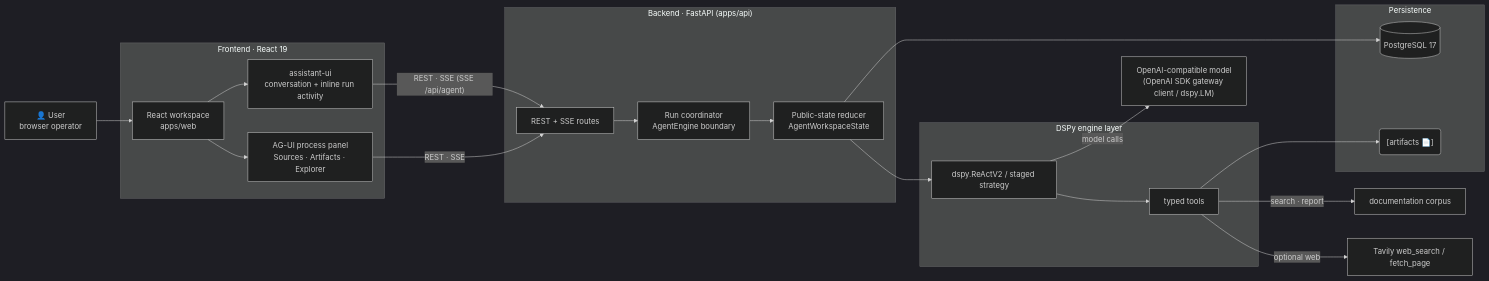
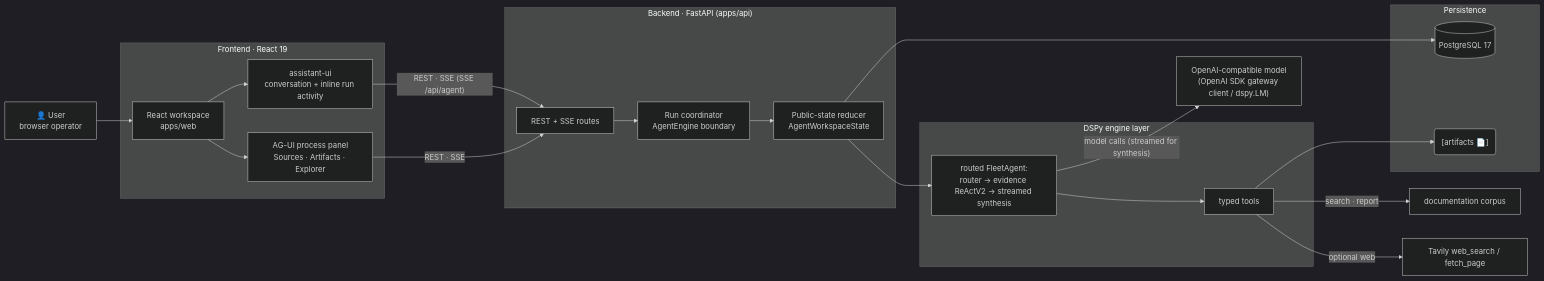
One commit to Qredence/fleet-agent changed the first of 5 diagrams in docs/architecture.md. Above: the diagram before and after it, drawn with Mermaid (dark theme). The commit also changed other lines of this file and 51 other files, not shown here.

````diff
--- a/docs/architecture.md
+++ b/docs/architecture.md
@@ -19,31 +19,31 @@
 ```mermaid
 flowchart LR
     USER["👤 User\nbrowser operator"] --> UI["React workspace\napps/web"]
 
     subgraph FRONT["Frontend · React 19"]
         UI --> CHAT["assistant-ui\nconversation + inline run activity"]
         UI --> PP["AG-UI process panel\nSources · Artifacts · Explorer"]
     end
 
     subgraph API["Backend · FastAPI (apps/api)"]
         ROUTES["REST + SSE routes"] --> COORD["Run coordinator\nAgentEngine boundary"]
         COORD --> PUBLIC["Public-state reducer\nAgentWorkspaceState"]
     end
 
     CHAT -->|"REST · SSE (SSE /api/agent)"| ROUTES
     PP -->|"REST · SSE"| ROUTES
 
     subgraph ENG["DSPy engine layer"]
-        PUBLIC --> DSPY["dspy.ReActV2 / staged strategy"]
+        PUBLIC --> DSPY["routed FleetAgent:\nrouter → evidence ReActV2 → streamed synthesis"]
         DSPY --> TOOLS["typed tools"]
     end
 
     TOOLS -->|"search · report"| DOCS["documentation corpus"]
     TOOLS -->|"optional web"| TAV["Tavily web_search / fetch_page"]
-    DSPY -->|"model calls"| LM["OpenAI-compatible model\n(OpenAI SDK gateway client / dspy.LM)"]
+    DSPY -->|"model calls (streamed for synthesis)"| LM["OpenAI-compatible model\n(OpenAI SDK gateway client / dspy.LM)"]
 
     subgraph DATA["Persistence"]
         PUBLIC --> PG[("PostgreSQL 17")]
         TOOLS --> ART("[artifacts 📄]")
     end
 ```
````
